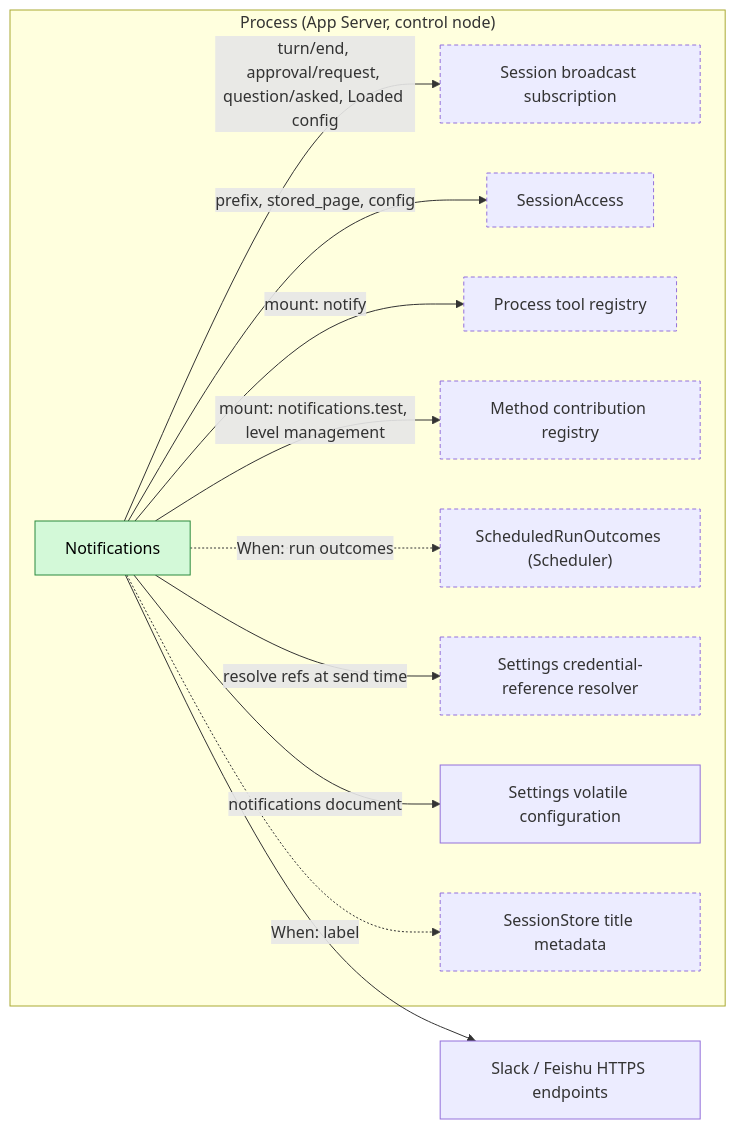
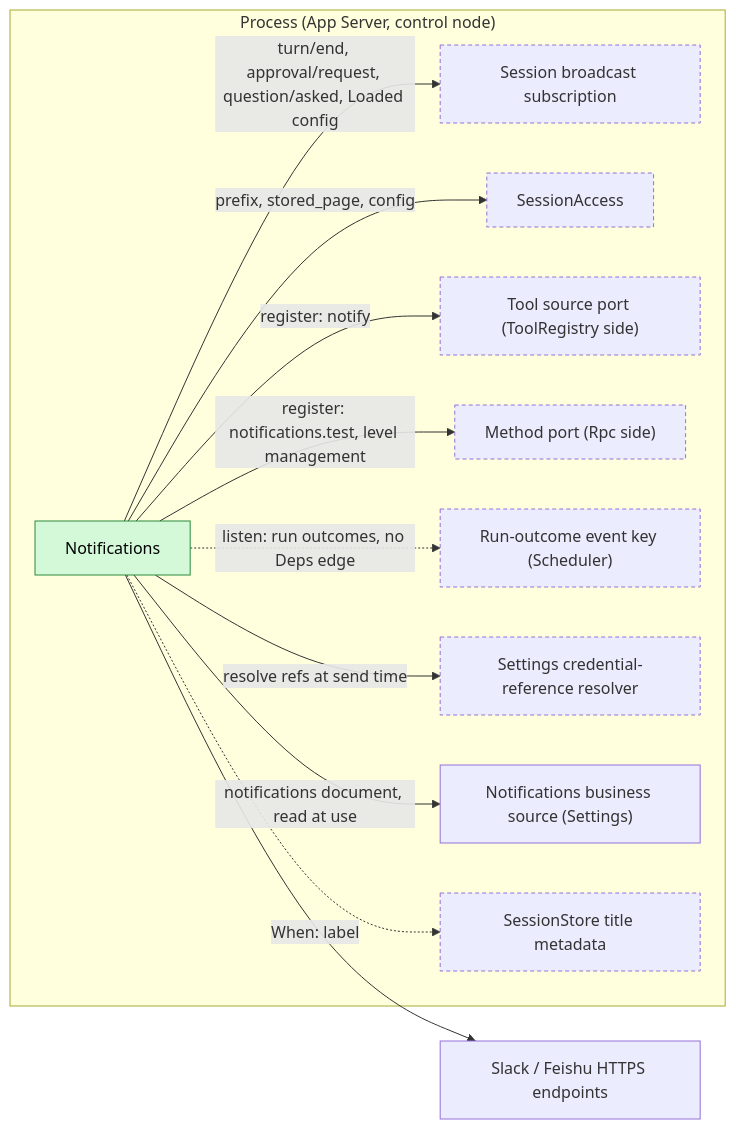
Before and after one commit to CoutinhoTTS/dim-agent: the first of 6 diagrams in docs/design/plugins/Notifications.md, drawn with Mermaid. The commit also changed other lines of this file and 3 other files, not shown here.

Commit message:
docs(design): apply ADR 002 to SessionTitle, Notifications, Hooks and Scheduler

````diff
--- a/docs/design/plugins/Notifications.md
+++ b/docs/design/plugins/Notifications.md
@@ -9,26 +9,26 @@
 ```mermaid
 flowchart LR
   subgraph PROC["Process (App Server, control node)"]
     NP["Notifications"]:::new
     SE["Session broadcast subscription"]:::contract
     SA["SessionAccess"]:::contract
-    PTR["Process tool registry"]:::contract
-    MGR["Method contribution registry"]:::contract
-    RO["ScheduledRunOutcomes (Scheduler)"]:::contract
+    PTR["Tool source port (ToolRegistry side)"]:::contract
+    MGR["Method port (Rpc side)"]:::contract
+    RO["Run-outcome event key (Scheduler)"]:::contract
     CRED["Settings credential-reference resolver"]:::contract
-    Settings["Settings volatile configuration"]
+    Settings["Notifications business source (Settings)"]
     META["SessionStore title metadata"]:::contract
   end
   EXT["Slack / Feishu HTTPS endpoints"]
   NP -->|"turn/end, approval/request, question/asked, Loaded config"| SE
   NP -->|"prefix, stored_page, config"| SA
-  NP -->|"mount: notify"| PTR
-  NP -->|"mount: notifications.test, level management"| MGR
-  NP -.->|"When: run outcomes"| RO
+  NP -->|"register: notify"| PTR
+  NP -->|"register: notifications.test, level management"| MGR
+  NP -.->|"listen: run outcomes, no Deps edge"| RO
   NP -->|"resolve refs at send time"| CRED
-  NP -->|"notifications document"| Settings
+  NP -->|"notifications document, read at use"| Settings
   NP -.->|"When: label"| META
   NP --> EXT
   classDef new fill:#d3f9d8,stroke:#2b8a3e,color:#000
   classDef contract stroke-dasharray:4 3
 ```
````
